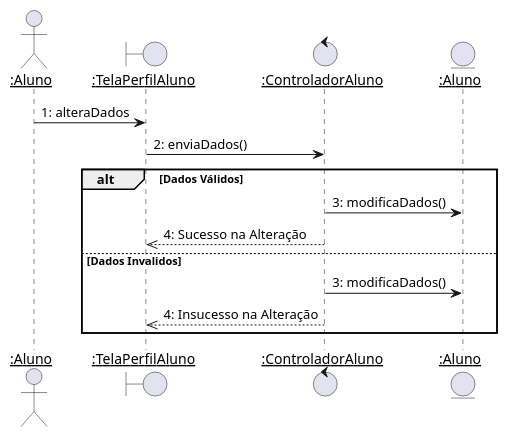
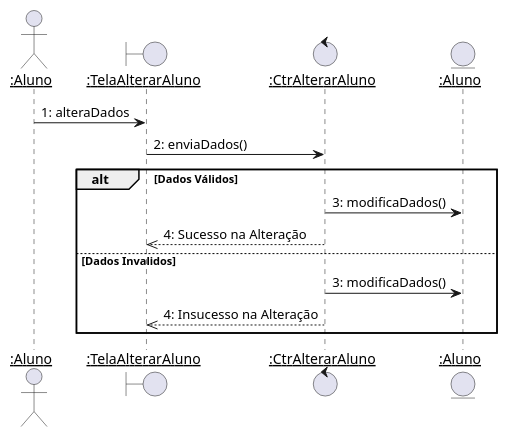
The diagram in diagramas/sequencia/alterar_aluno.puml (Pedro-V/projetorium), drawn with PlantUML before and after one commit. The commit also changed 18 other files, not shown here.

```diff
--- a/diagramas/sequencia/alterar_aluno.puml
+++ b/diagramas/sequencia/alterar_aluno.puml
@@ -1,22 +1,19 @@
-@startuml alterar_aluno
+@startuml
 skinparam sequenceParticipant underline
 
 actor ":Aluno" as Aluno
-boundary ":TelaPerfilAluno" as TelaPerfilAluno
-control ":ControladorAluno" as ControladorAluno
+boundary ":TelaAlterarAluno" as TelaAlterarAluno
+control ":CtrAlterarAluno" as CtrAlterarAluno
 entity ":Aluno" as AlunoC
 
-
-
-Aluno -> TelaPerfilAluno : 1: alteraDados
-TelaPerfilAluno -> ControladorAluno: 2: enviaDados()
+Aluno -> TelaAlterarAluno : 1: alteraDados
+TelaAlterarAluno -> CtrAlterarAluno: 2: enviaDados()
 
 alt Dados Válidos
-    ControladorAluno-> AlunoC: 3: modificaDados()
-    ControladorAluno-->> TelaPerfilAluno --: 4: Sucesso na Alteração
-else Dados Invalidos
-    ControladorAluno-> AlunoC: 3: modificaDados()
-    ControladorAluno-->> TelaPerfilAluno --: 4: Insucesso na Alteração
+    CtrAlterarAluno -> AlunoC: 3: modificaDados()
+    CtrAlterarAluno -->> TelaAlterarAluno --: 4: Sucesso na Alteração
+else Dados Invalidos 
+    CtrAlterarAluno -> AlunoC: 3: modificaDados()
+    CtrAlterarAluno -->> TelaAlterarAluno --: 4: Insucesso na Alteração
 end
-
 @enduml
```
